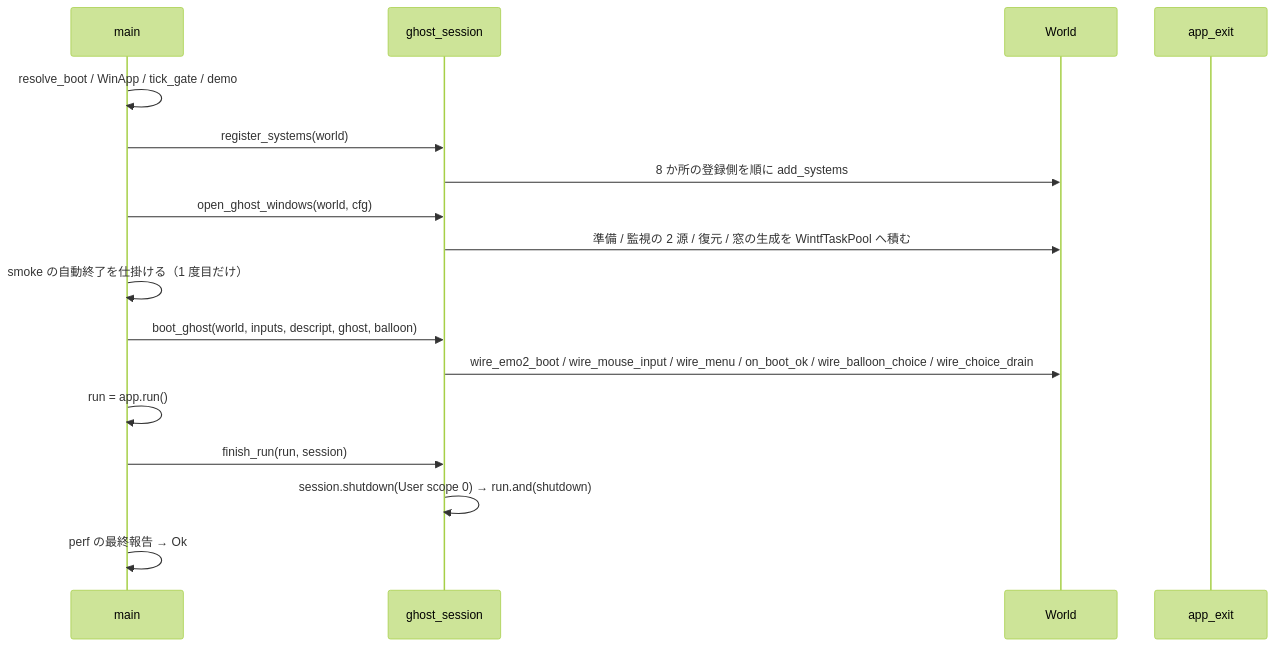
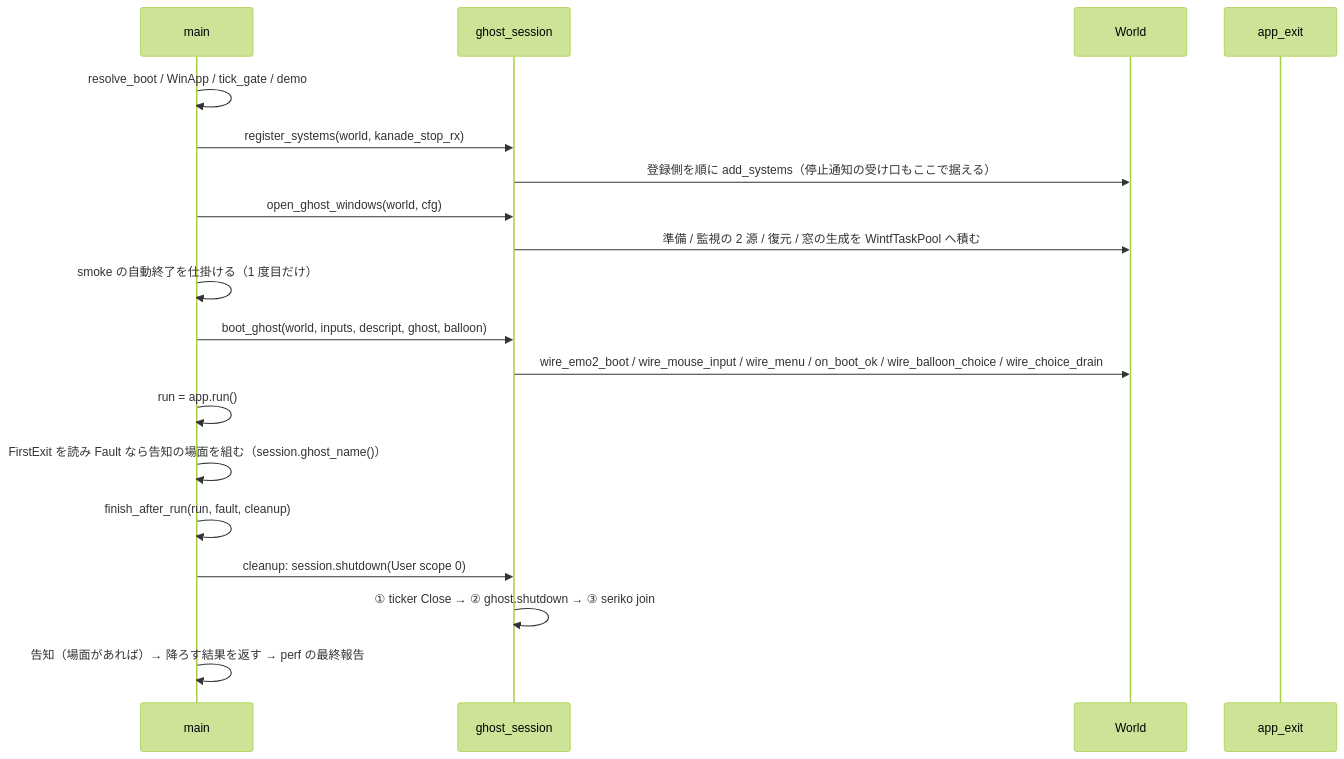
Before and after one commit to ekicyou/areka: the second of 3 diagrams in .kiro/specs/areka-P0-ghost-restart-unit/design.md, drawn with Mermaid (forest theme). The commit also changed other lines of this file and 2 other files, not shown here.

First line of the commit message:
docs(areka-P0-ghost-restart-unit): re-sync design with #55 landing (finish_after_run, KanadeStopRx)

````diff
--- a/.kiro/specs/areka-P0-ghost-restart-unit/design.md
+++ b/.kiro/specs/areka-P0-ghost-restart-unit/design.md
@@ -148,19 +148,21 @@
 ```mermaid
 sequenceDiagram
     participant M as main
     participant G as ghost_session
     participant W as World
     participant A as app_exit
     M->>M: resolve_boot / WinApp / tick_gate / demo
-    M->>G: register_systems(world)
-    G->>W: 8 か所の登録側を順に add_systems
+    M->>G: register_systems(world, kanade_stop_rx)
+    G->>W: 登録側を順に add_systems（停止通知の受け口もここで据える）
     M->>G: open_ghost_windows(world, cfg)
     G->>W: 準備 / 監視の 2 源 / 復元 / 窓の生成を WintfTaskPool へ積む
     M->>M: smoke の自動終了を仕掛ける（1 度目だけ）
     M->>G: boot_ghost(world, inputs, descript, ghost, balloon)
     G->>W: wire_emo2_boot / wire_mouse_input / wire_menu / on_boot_ok / wire_balloon_choice / wire_choice_drain
     M->>M: run = app.run()
-    M->>G: finish_run(run, session)
-    G->>G: session.shutdown(User scope 0) → run.and(shutdown)
-    M->>M: perf の最終報告 → Ok
+    M->>M: FirstExit を読み Fault なら告知の場面を組む（session.ghost_name()）
+    M->>M: finish_after_run(run, fault, cleanup)
+    M->>G: cleanup: session.shutdown(User scope 0)
+    G->>G: ① ticker Close → ② ghost.shutdown → ③ seriko join
+    M->>M: 告知（場面があれば）→ 降ろす結果を返す → perf の最終報告
 ```
````
